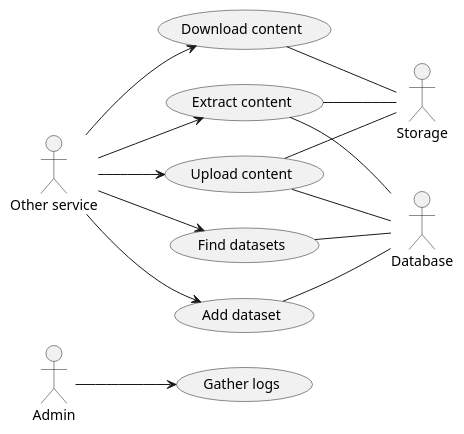
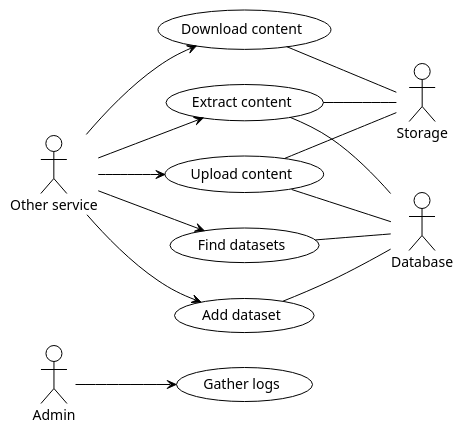
Before and after one commit to ComLaKe/core: the diagram in report/diagrams/uc.puml, drawn with PlantUML. The commit also changed 6 other files, not shown here.

```diff
--- a/report/diagrams/uc.puml
+++ b/report/diagrams/uc.puml
@@ -1,33 +1,34 @@
 @startuml
+!theme plain
 left to right direction
 
 :Admin:
 :Other service: as Other
 :Storage: as DFS
 :Database: as DB
 
 (Upload content) as upload
 Other --> upload
 upload -- DFS
 upload -- DB
 
 (Add dataset) as add
 Other --> add
 add -- DB
 
 (Find datasets) as filter
 Other --> filter
 filter -- DB
 
 (Download content) as download
 Other --> download
 download -- DFS
 
 (Extract content) as extract
 Other --> extract
 extract -- DFS
 extract -- DB
 
 (Gather logs) as feed
 Admin --> feed
 @enduml
```
